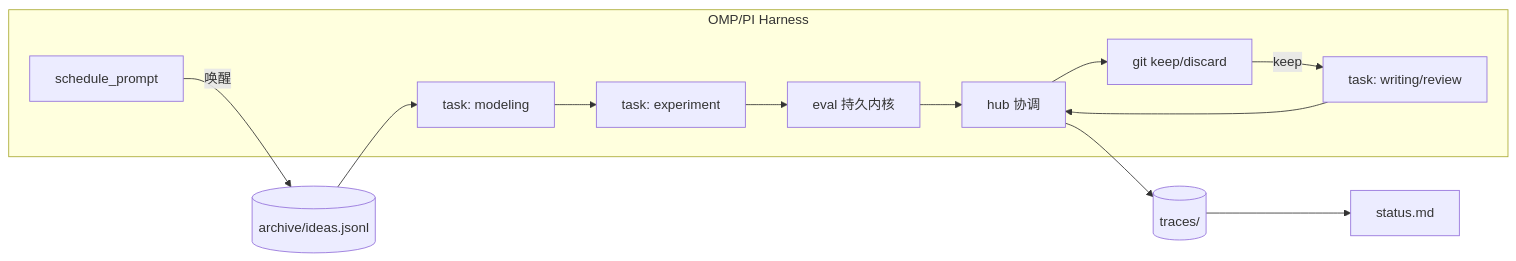
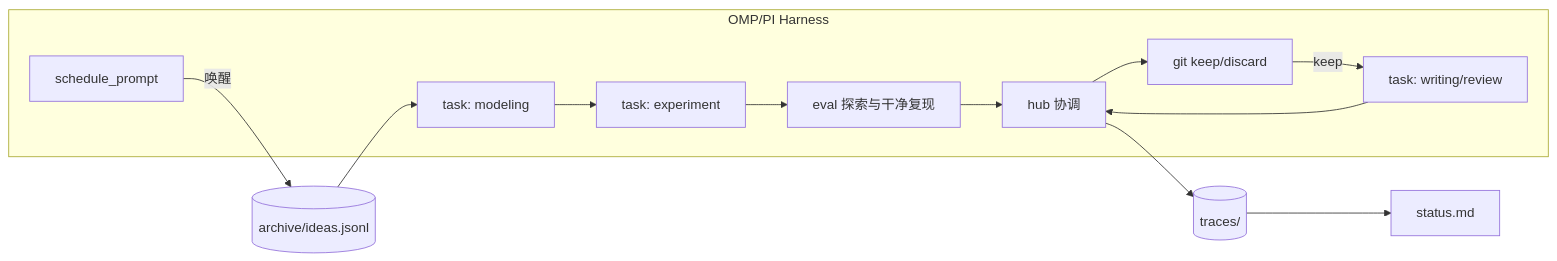
Before and after one commit to dbydd/research-flywheel: the second of 2 diagrams in template/00-spec.md, drawn with Mermaid. The commit also changed other lines of this file and 905 other files, not shown here.

````diff
--- a/template/00-spec.md
+++ b/template/00-spec.md
@@ -210,19 +256,19 @@
 ```mermaid
 flowchart LR
     subgraph Harness [OMP/PI Harness]
         Sched[schedule_prompt]
         Hub[hub 协调]
-        Eval[eval 持久内核]
+        Eval[eval 探索与干净复现]
         TaskA[task: modeling]
         TaskB[task: experiment]
         TaskC[task: writing/review]
         Git[git keep/discard]
     end
     IdeaPool[(archive/ideas.jsonl)]
     Sched -->|唤醒| IdeaPool
     IdeaPool --> TaskA --> TaskB --> Eval
     Eval --> Hub --> Git
     Git -->|keep| TaskC --> Hub
     Hub --> Trace[(traces/)]
     Trace --> Status[status.md]
 ```
````
